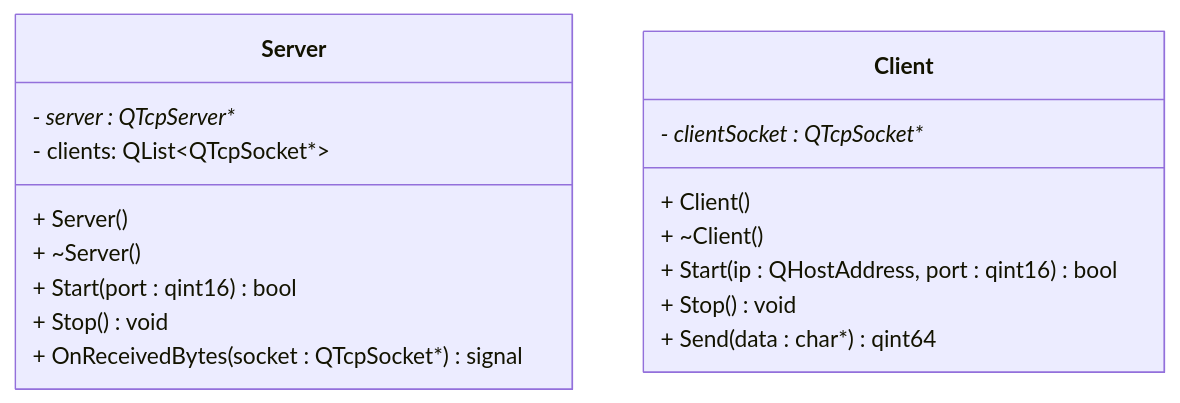
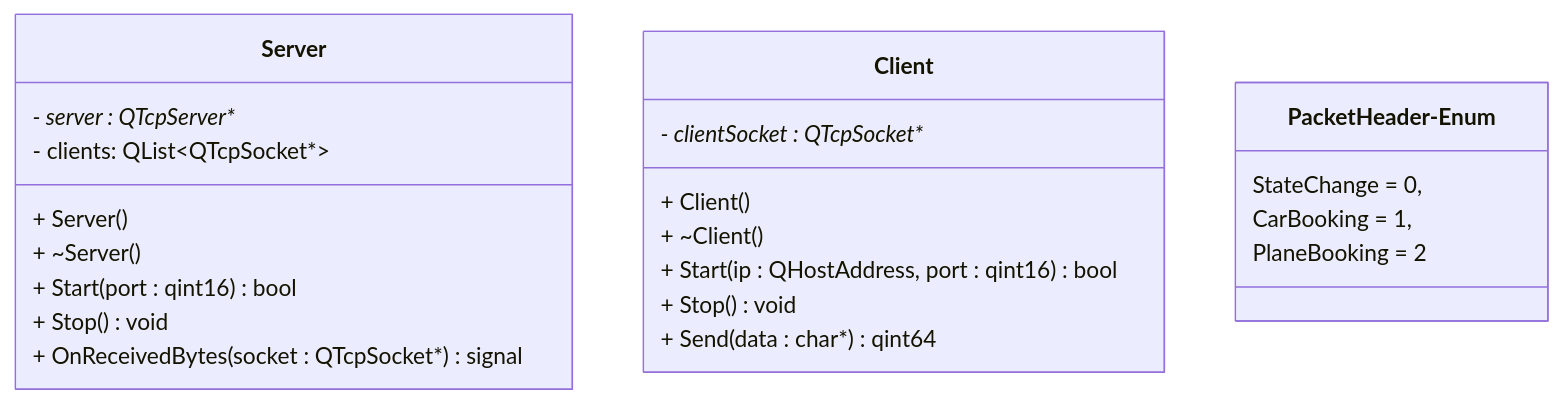
One commit to SUP3RBOB/project4_section1_group4 changed the second of 3 diagrams in README.md. Above: the diagram before and after it, drawn with Mermaid.

````diff
--- a/README.md
+++ b/README.md
@@ -64,22 +64,28 @@
 ```mermaid
     classDiagram
         class Server {
             + Server()
             + ~Server()
             - server : QTcpServer**
             - clients: QList<<huh>QTcpSocket*>
             + Start(port : qint16) bool
             + Stop() void
 
             + OnReceivedBytes(socket : QTcpSocket*) signal
         }
 
         class Client {
             + Client()
             + ~Client()
             - clientSocket : QTcpSocket**
             + Start(ip : QHostAddress, port : qint16) bool
             + Stop() void
             + Send(data : char*) qint64
         }
+
+        class PacketHeader - Enum {
+            StateChange = 0,
+            CarBooking = 1,
+            PlaneBooking = 2
+        }
 ```
````
